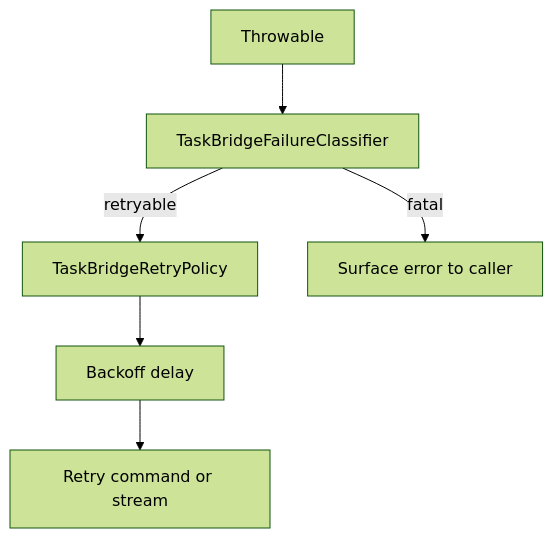
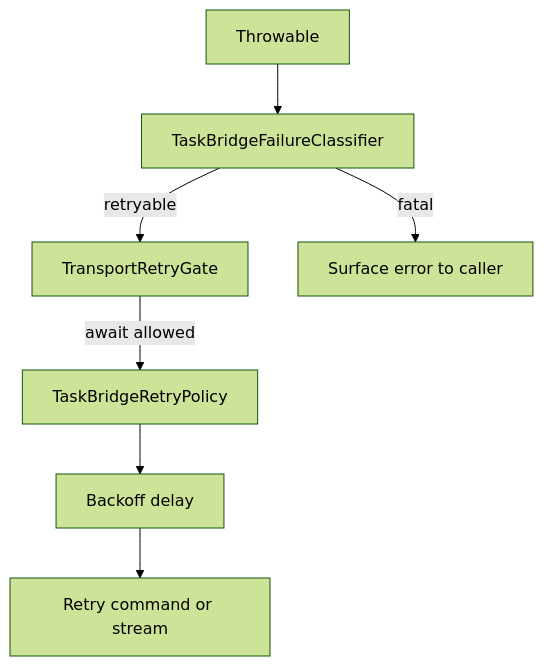
One commit to nikkiw/task-bridge changed the diagram in docs/android/storage-and-policies.md. Above: the diagram before and after it, drawn with Mermaid (forest theme). The commit also changed other lines of this file and 10 other files, not shown here.

First line of the commit message:
feat(android): refactor retry logic to use suspending TransportRetryGate and AndroidConnectivityRetryGate (#12)

````diff
--- a/docs/android/storage-and-policies.md
+++ b/docs/android/storage-and-policies.md
@@ -108,8 +134,9 @@
 ```mermaid
 flowchart TD
     Error[Throwable] --> Classifier[TaskBridgeFailureClassifier]
-    Classifier -->|retryable| Retry[TaskBridgeRetryPolicy]
+    Classifier -->|retryable| Gate[TransportRetryGate]
+    Gate -->|await allowed| Retry[TaskBridgeRetryPolicy]
     Retry --> Delay[Backoff delay]
     Delay --> Resume[Retry command or stream]
     Classifier -->|fatal| Fail[Surface error to caller]
 ```
````
